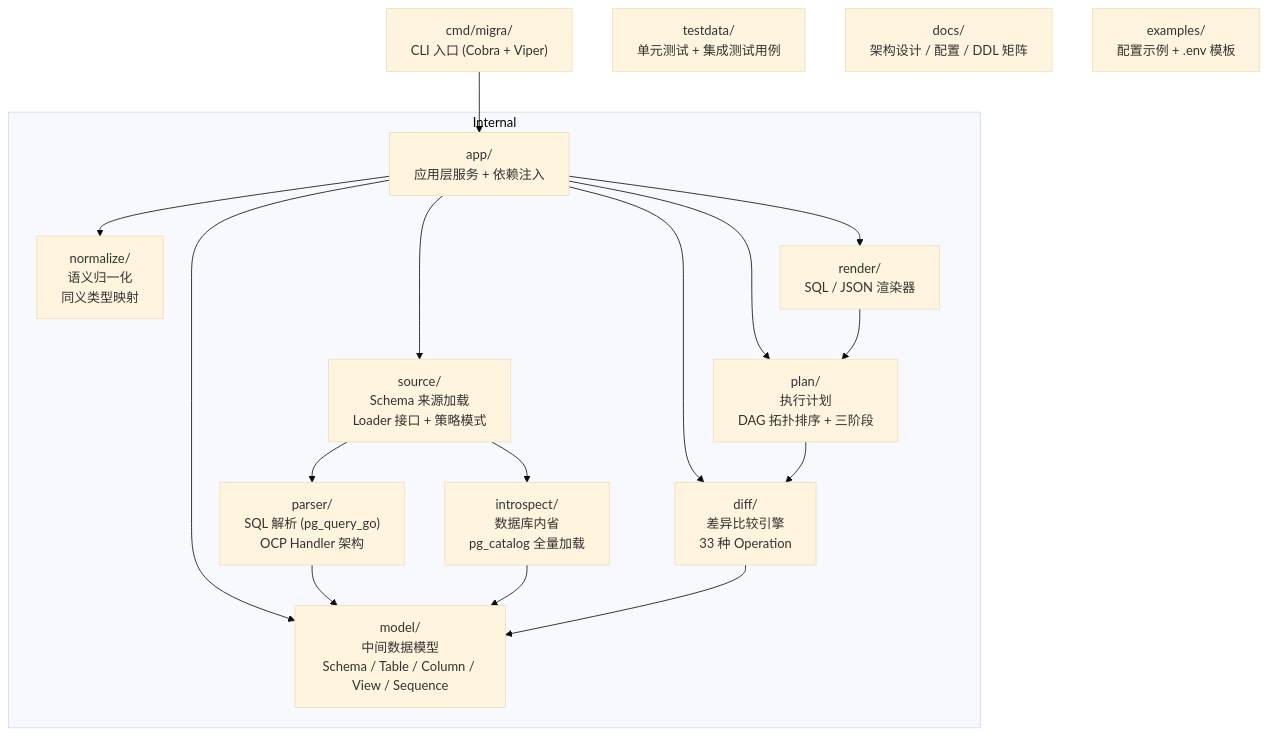
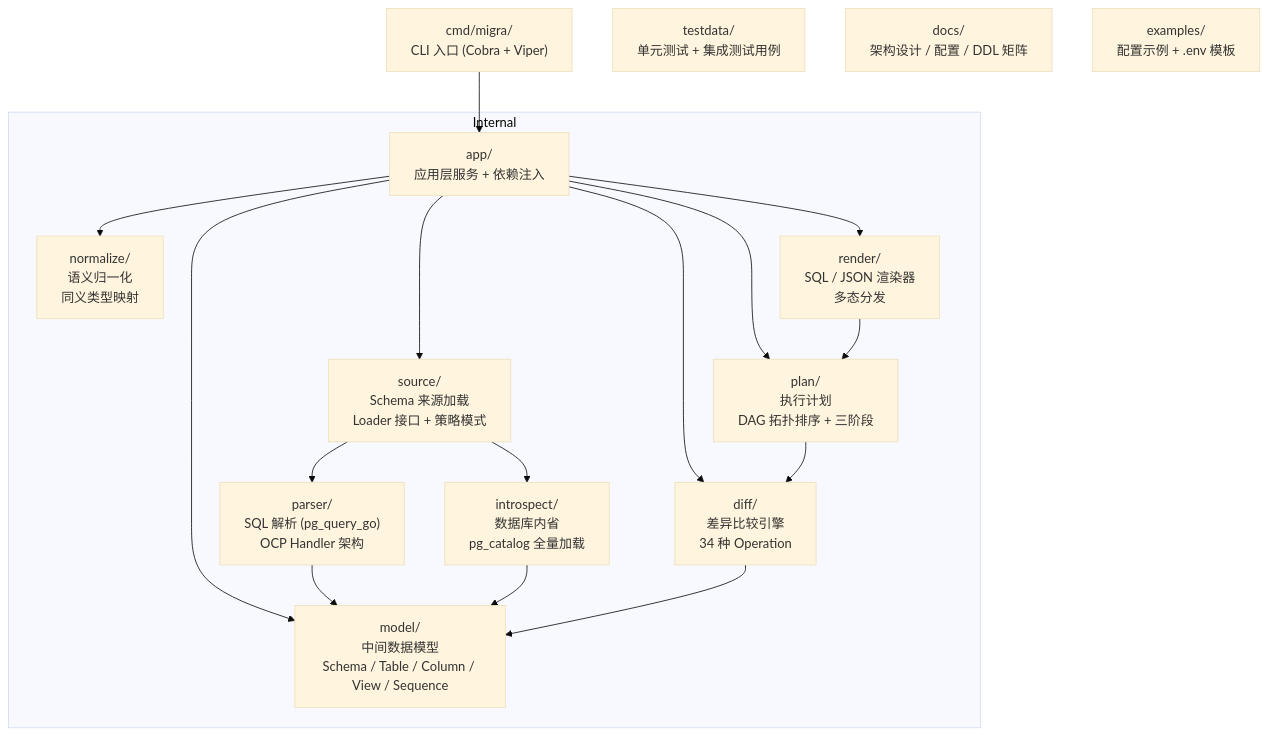
The fifth of 5 diagrams in README.md (fred29910/migra-go), drawn with Mermaid (base theme) before and after one commit. The commit also changed other lines of this file and 5 other files, not shown here.

````diff
--- a/README.md
+++ b/README.md
@@ -320,33 +320,33 @@
 ```mermaid
 graph TD
     CMD["cmd/migra/<br/>CLI 入口 (Cobra + Viper)"]
     subgraph Internal
         APP["app/<br/>应用层服务 + 依赖注入"]
         MODEL["model/<br/>中间数据模型<br/>Schema / Table / Column / View / Sequence"]
         SOURCE["source/<br/>Schema 来源加载<br/>Loader 接口 + 策略模式"]
         PARSER["parser/<br/>SQL 解析 (pg_query_go)<br/>OCP Handler 架构"]
         INTR["introspect/<br/>数据库内省<br/>pg_catalog 全量加载"]
         NORM["normalize/<br/>语义归一化<br/>同义类型映射"]
-        DIFF["diff/<br/>差异比较引擎<br/>33 种 Operation"]
+        DIFF["diff/<br/>差异比较引擎<br/>34 种 Operation"]
         PLAN["plan/<br/>执行计划<br/>DAG 拓扑排序 + 三阶段"]
-        RENDER["render/<br/>SQL / JSON 渲染器"]
+        RENDER["render/<br/>SQL / JSON 渲染器<br/>多态分发"]
     end
     TESTDATA["testdata/<br/>单元测试 + 集成测试用例"]
     DOCS["docs/<br/>架构设计 / 配置 / DDL 矩阵"]
     EXAMPLES["examples/<br/>配置示例 + .env 模板"]
 
     CMD --> APP
     APP --> MODEL
     APP --> SOURCE
     APP --> NORM
     APP --> DIFF
     APP --> PLAN
     APP --> RENDER
     SOURCE --> PARSER
     SOURCE --> INTR
     PARSER --> MODEL
     INTR --> MODEL
     DIFF --> MODEL
     PLAN --> DIFF
     RENDER --> PLAN
 ```
````
